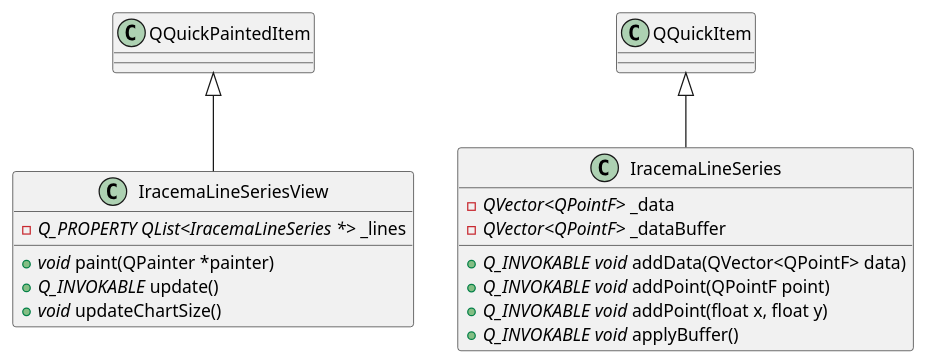
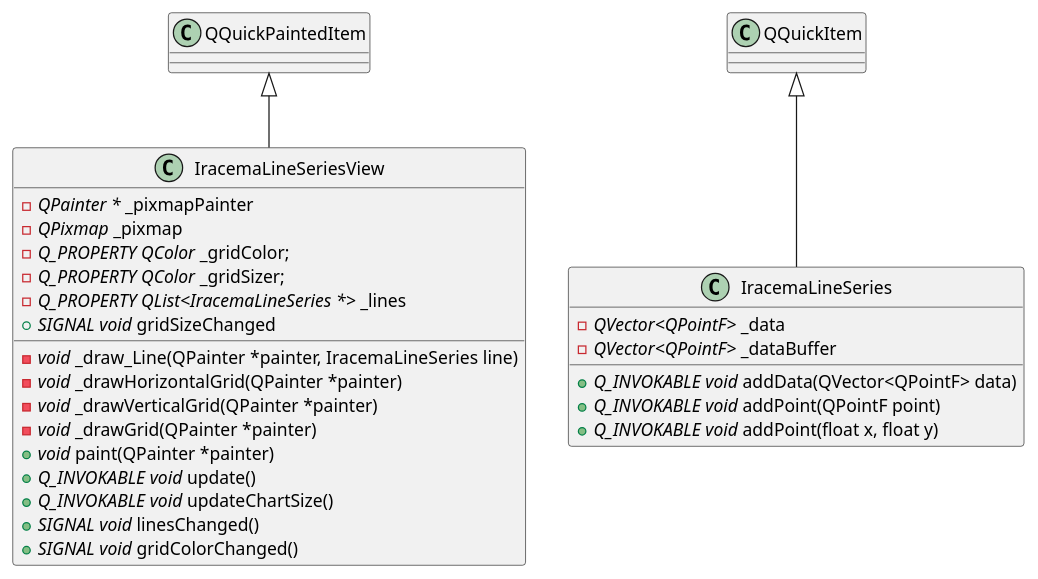
Before and after one commit to Instituto-Iracema/iracema_charts: the diagram in doc/uml/class_diagram.puml, drawn with PlantUML. The commit also changed 9 other files, not shown here.

```diff
--- a/doc/uml/class_diagram.puml
+++ b/doc/uml/class_diagram.puml
@@ -1,19 +1,29 @@
 @startuml IracemaCharts Class Diagram
 
     class IracemaLineSeriesView extends QQuickPaintedItem {
+        - //QPainter *// _pixmapPainter
+        - //QPixmap// _pixmap
+        - //Q_PROPERTY QColor// _gridColor;
+        - //Q_PROPERTY QColor// _gridSizer;
         - //Q_PROPERTY QList<IracemaLineSeries *>// _lines
+        - //void// _draw_Line(QPainter *painter, IracemaLineSeries line)
+        - //void// _drawHorizontalGrid(QPainter *painter)
+        - //void// _drawVerticalGrid(QPainter *painter)
+        - //void// _drawGrid(QPainter *painter)
         + //void// paint(QPainter *painter)
-        + //Q_INVOKABLE// update()
-        + //void// updateChartSize()
+        + //Q_INVOKABLE void// update()
+        + //Q_INVOKABLE void// updateChartSize()
+        + //SIGNAL void// linesChanged()
+        + //SIGNAL void// gridColorChanged()
+        + //SIGNAL void// gridSizeChanged
     }
 
     class IracemaLineSeries extends QQuickItem {
         - //QVector<QPointF>// _data
         - //QVector<QPointF>// _dataBuffer
         + //Q_INVOKABLE void// addData(QVector<QPointF> data)
         + //Q_INVOKABLE void// addPoint(QPointF point)
         + //Q_INVOKABLE void// addPoint(float x, float y)
-        + //Q_INVOKABLE void// applyBuffer()
     }
 
 @enduml
```
